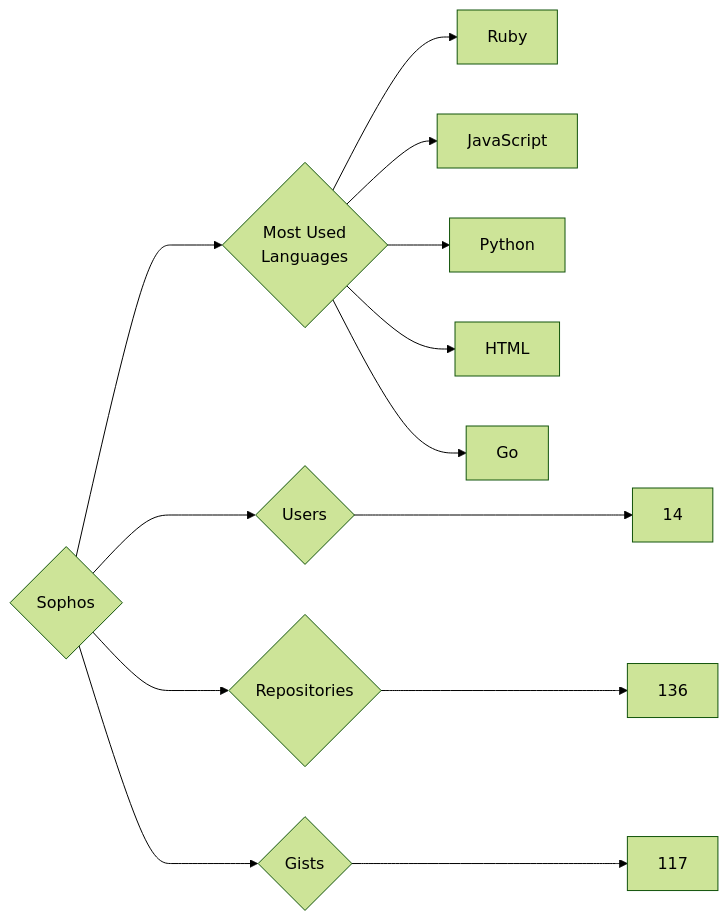
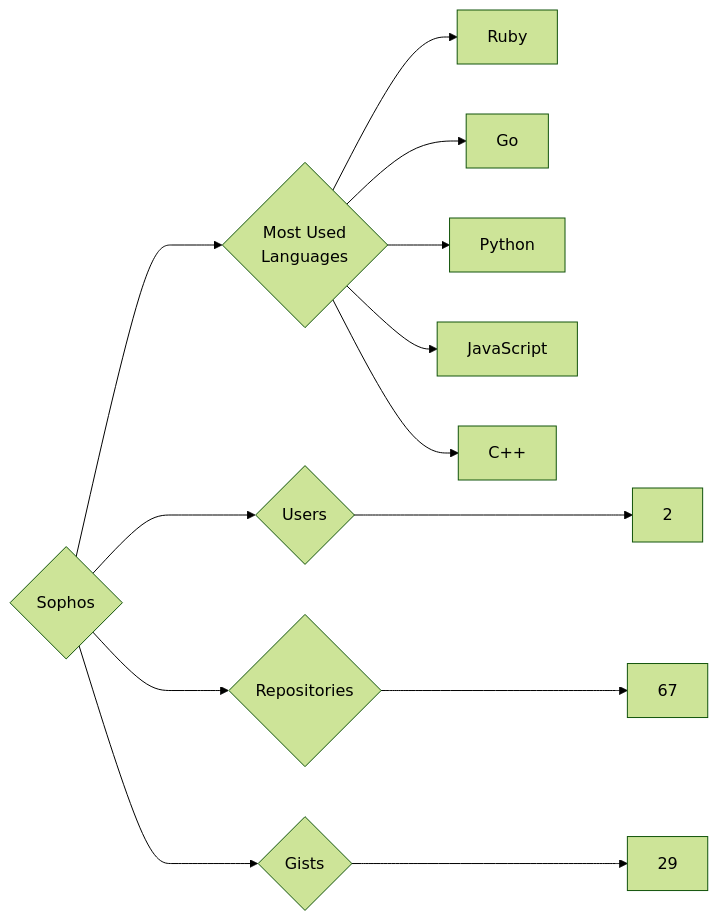
Before and after one commit to trickest/insiders: the diagram in targets/Sophos/README.md, drawn with Mermaid (forest theme). The commit also changed 912 other files, not shown here.

````diff
--- a/targets/Sophos/README.md
+++ b/targets/Sophos/README.md
@@ -3,13 +3,13 @@
 ```mermaid
 graph LR
 COMPANY_NAME{Sophos}
-COMPANY_NAME ---> U{Users} ---> UN[14]
-COMPANY_NAME ---> R{Repositories} ---> RN[136]
-COMPANY_NAME ---> G{Gists} ---> GN[117]
+COMPANY_NAME ---> U{Users} ---> UN[2]
+COMPANY_NAME ---> R{Repositories} ---> RN[67]
+COMPANY_NAME ---> G{Gists} ---> GN[29]
 COMPANY_NAME ---> ML{Most Used<br>Languages}
 ML --> Ruby[Ruby]
+ML --> Go[Go]
+ML --> Python[Python]
 ML --> JavaScript[JavaScript]
-ML --> Python[Python]
-ML --> HTML[HTML]
-ML --> Go[Go]
+ML --> C++[C++]
 ```
````
